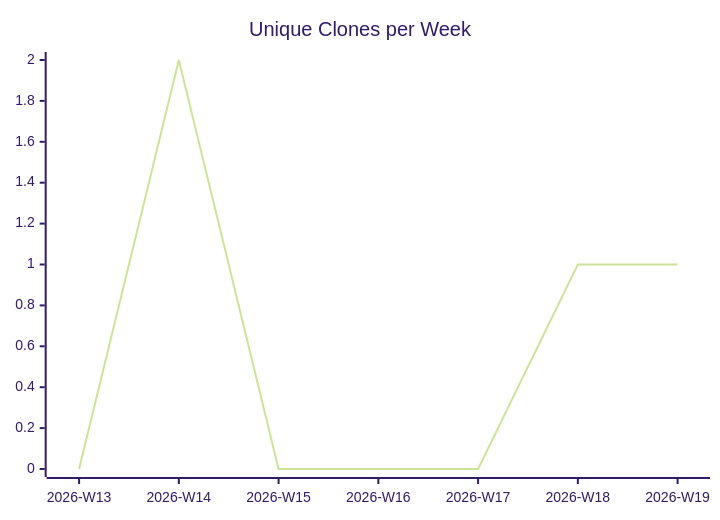
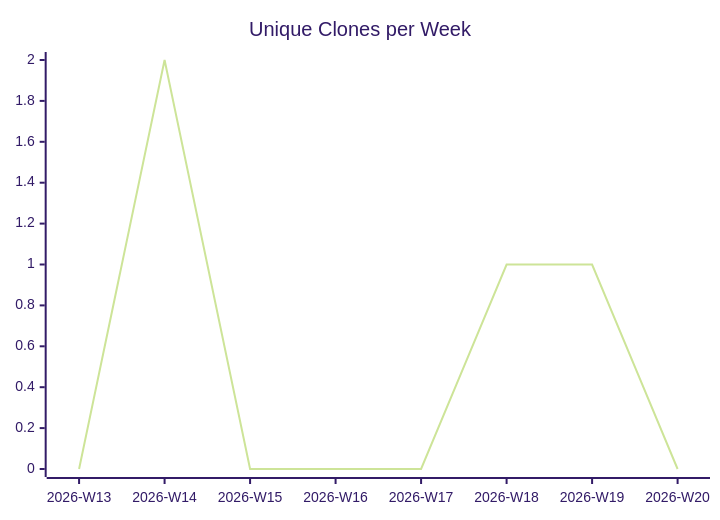
The third of 3 diagrams in karlmdavis/ldap-plugin/README.md (justdavis-family/github-analytics-data), drawn with Mermaid (forest theme) before and after one commit. The commit also changed other lines of this file and 176 other files, not shown here.

````diff
--- a/karlmdavis/ldap-plugin/README.md
+++ b/karlmdavis/ldap-plugin/README.md
@@ -19,6 +19,6 @@
 ```mermaid
 xychart-beta
   title "Unique Clones per Week"
-  x-axis ["2026-W13", "2026-W14", "2026-W15", "2026-W16", "2026-W17", "2026-W18", "2026-W19"]
-  line [0, 2, 0, 0, 0, 1, 1]
+  x-axis ["2026-W13", "2026-W14", "2026-W15", "2026-W16", "2026-W17", "2026-W18", "2026-W19", "2026-W20"]
+  line [0, 2, 0, 0, 0, 1, 1, 0]
 ```
````
